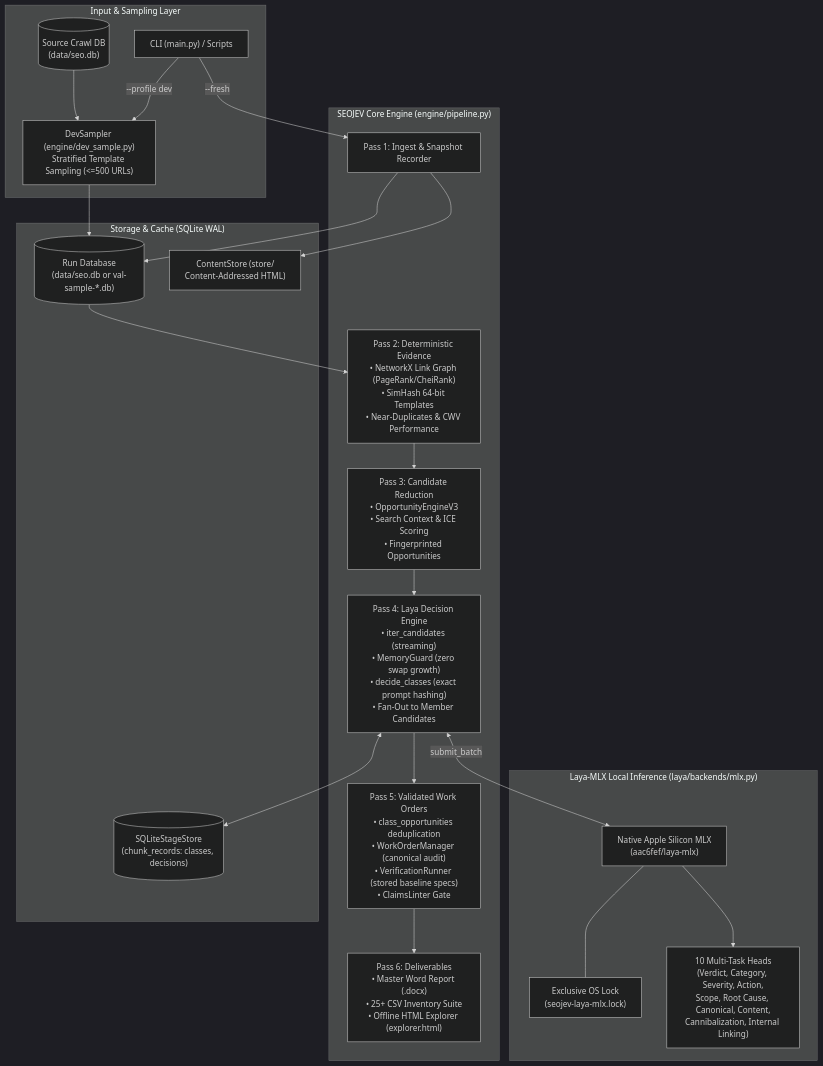
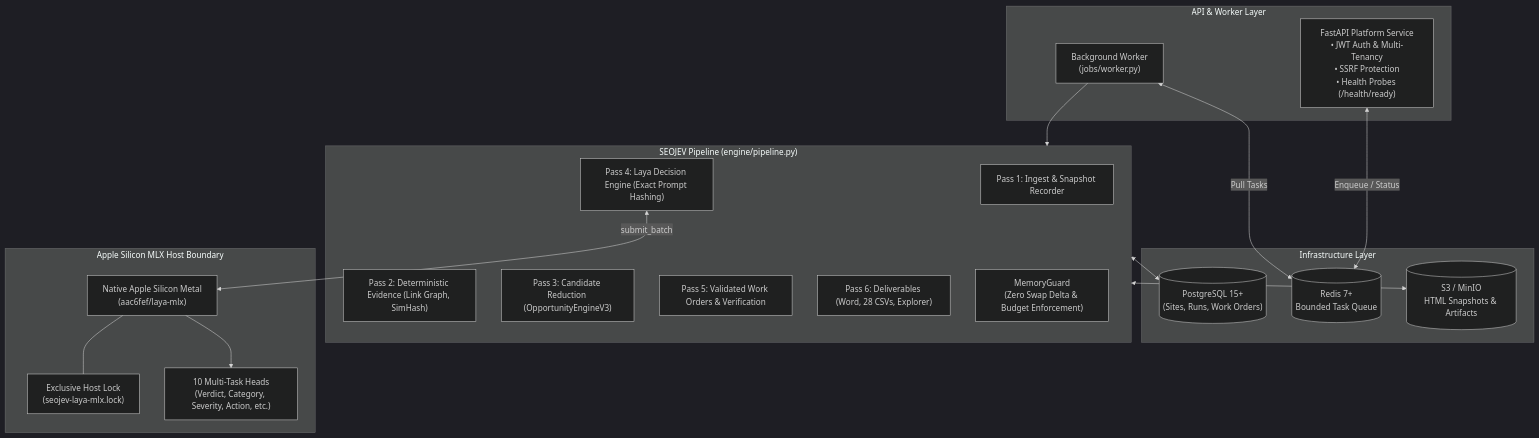
One commit to 07anishu12/SEO-Agent-using-LAYA changed the diagram in README.md. Above: the diagram before and after it, drawn with Mermaid (dark theme). The commit also changed other lines of this file, not shown here.

````diff
--- a/README.md
+++ b/README.md
@@ -58,40 +57,39 @@
 ```mermaid
 flowchart TD
-    subgraph InputLayer["Input & Sampling Layer"]
-        CLI["CLI (main.py) / Scripts"]
-        CrawlDB[("Source Crawl DB\n(data/seo.db)")]
-        DevSampler["DevSampler (engine/dev_sample.py)\nStratified Template Sampling (<=500 URLs)"]
+    subgraph StorageAndQueue["Infrastructure Layer"]
+        PG[("PostgreSQL 15+\n(Sites, Runs, Work Orders)")]
+        RedisQueue[("Redis 7+\nBounded Task Queue")]
+        S3Store[("S3 / MinIO\nHTML Snapshots & Artifacts")]
     end
 
-    subgraph CoreEngine["SEOJEV Core Engine (engine/pipeline.py)"]
-        P1["Pass 1: Ingest & Snapshot Recorder"]
-        P2["Pass 2: Deterministic Evidence\n• NetworkX Link Graph (PageRank/CheiRank)\n• SimHash 64-bit Templates\n• Near-Duplicates & CWV Performance"]
-        P3["Pass 3: Candidate Reduction\n• OpportunityEngineV3\n• Search Context & ICE Scoring\n• Fingerprinted Opportunities"]
-        P4["Pass 4: Laya Decision Engine\n• iter_candidates (streaming)\n• MemoryGuard (zero swap growth)\n• decide_classes (exact prompt hashing)\n• Fan-Out to Member Candidates"]
-        P5["Pass 5: Validated Work Orders\n• class_opportunities deduplication\n• WorkOrderManager (canonical audit)\n• VerificationRunner (stored baseline specs)\n• ClaimsLinter Gate"]
-        P6["Pass 6: Deliverables\n• Master Word Report (.docx)\n• 25+ CSV Inventory Suite\n• Offline HTML Explorer (explorer.html)"]
+    subgraph ServiceLayer["API & Worker Layer"]
+        API["FastAPI Platform Service\n• JWT Auth & Multi-Tenancy\n• SSRF Protection\n• Health Probes (/health/ready)"]
+        Worker["Background Worker\n(jobs/worker.py)"]
     end
 
-    subgraph MLXLayer["Laya-MLX Local Inference (laya/backends/mlx.py)"]
-        OSLock["Exclusive OS Lock\n(seojev-laya-mlx.lock)"]
-        MLXModel["Native Apple Silicon MLX\n(aac6fef/laya-mlx)"]
-        Heads["10 Multi-Task Heads\n(Verdict, Category, Severity, Action,\nScope, Root Cause, Canonical, Content,\nCannibalization, Internal Linking)"]
+    subgraph CoreEngine["SEOJEV Pipeline (engine/pipeline.py)"]
+        P1["Pass 1: Ingest & Snapshot Recorder"]
+        P2["Pass 2: Deterministic Evidence (Link Graph, SimHash)"]
+        P3["Pass 3: Candidate Reduction (OpportunityEngineV3)"]
+        P4["Pass 4: Laya Decision Engine (Exact Prompt Hashing)"]
+        P5["Pass 5: Validated Work Orders & Verification"]
+        P6["Pass 6: Deliverables (Word, 28 CSVs, Explorer)"]
+        MemGuard["MemoryGuard\n(Zero Swap Delta & Budget Enforcement)"]
     end
 
-    subgraph StorageLayer["Storage & Cache (SQLite WAL)"]
-        RunDB[("Run Database\n(data/seo.db or val-sample-*.db)")]
-        StageStore[("SQLiteStageStore\n(chunk_records: classes, decisions)")]
-        ContentStore["ContentStore (store/\nContent-Addressed HTML)"]
+    subgraph NativeMLX["Apple Silicon MLX Host Boundary"]
+        OSLock["Exclusive Host Lock\n(seojev-laya-mlx.lock)"]
+        MLX["Native Apple Silicon Metal\n(aac6fef/laya-mlx)"]
+        Heads["10 Multi-Task Heads\n(Verdict, Category, Severity, Action, etc.)"]
     end
 
-    CLI -->|--profile dev| DevSampler
-    CrawlDB --> DevSampler
-    DevSampler --> RunDB
-    CLI -->|--fresh| P1
-    P1 --> RunDB & ContentStore
-    RunDB --> P2 --> P3 --> P4 --> P5 --> P6
-    P4 <-->|submit_batch| MLXModel
-    MLXModel --- OSLock
-    MLXModel --> Heads
-    P4 <--> StageStore
+    API <-->|Enqueue / Status| RedisQueue
+    Worker <-->|Pull Tasks| RedisQueue
+    Worker --> CoreEngine
+    CoreEngine <--> PG
+    CoreEngine <--> S3Store
+    CoreEngine --- MemGuard
+    P4 <-->|submit_batch| MLX
+    MLX --- OSLock
+    MLX --> Heads
 ```
````
